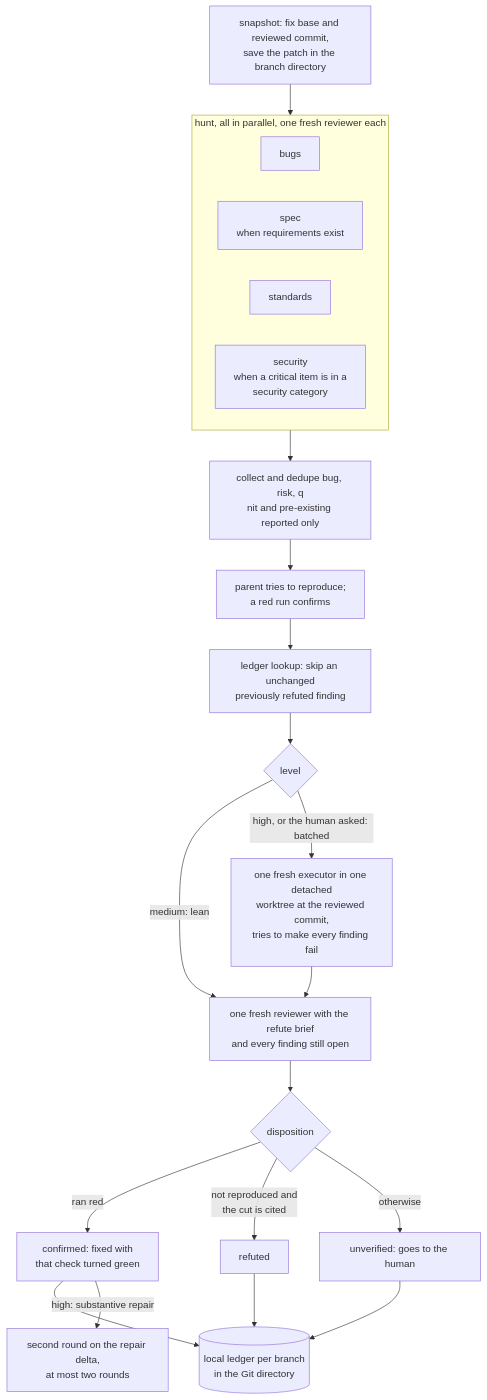
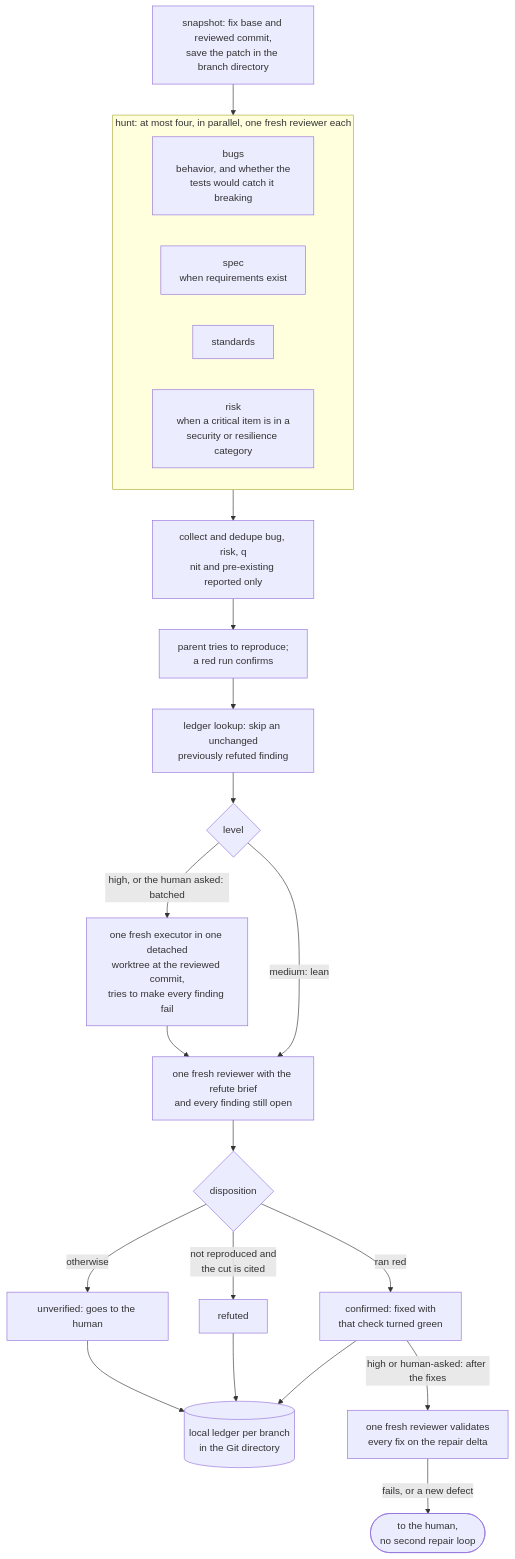
The third of 3 diagrams in docs/subagents.md (jvillegasd/harness), drawn with Mermaid before and after one commit. The commit also changed other lines of this file and 11 other files, not shown here.

First line of the commit message:
refactor(review): cap hunters at four and validate fixes once (#146)

````diff
--- a/docs/subagents.md
+++ b/docs/subagents.md
@@ -79,27 +79,28 @@
 ```mermaid
 flowchart TD
     snap["snapshot: fix base and reviewed commit,<br>save the patch in the branch directory"] --> hunt
 
-    subgraph hunt["hunt, all in parallel, one fresh reviewer each"]
-        bugs["bugs"]
+    subgraph hunt["hunt: at most four, in parallel, one fresh reviewer each"]
+        bugs["bugs<br>behavior, and whether the<br>tests would catch it breaking"]
         spec["spec<br>when requirements exist"]
         standards["standards"]
-        security["security<br>when a critical item is in a<br>security category"]
+        risk["risk<br>when a critical item is in a<br>security or resilience category"]
     end
 
     hunt --> collect["collect and dedupe bug, risk, q<br>nit and pre-existing reported only"]
     collect --> self["parent tries to reproduce;<br>a red run confirms"]
     self --> lookup["ledger lookup: skip an unchanged<br>previously refuted finding"]
     lookup --> mode{"level"}
     mode -->|"medium: lean"| refute
     mode -->|"high, or the human asked: batched"| verifier["one fresh executor in one detached<br>worktree at the reviewed commit,<br>tries to make every finding fail"]
     verifier --> refute["one fresh reviewer with the refute brief<br>and every finding still open"]
     refute --> dispose{"disposition"}
     dispose -->|"ran red"| confirmed["confirmed: fixed with<br>that check turned green"]
     dispose -->|"not reproduced and<br>the cut is cited"| refuted["refuted"]
     dispose -->|otherwise| unverified["unverified: goes to the human"]
     confirmed --> ledger[("local ledger per branch<br>in the Git directory")]
     refuted --> ledger
     unverified --> ledger
-    confirmed -->|"high: substantive repair"| round2["second round on the repair delta,<br>at most two rounds"]
+    confirmed -->|"high or human-asked: after the fixes"| validator["one fresh reviewer validates<br>every fix on the repair delta"]
+    validator -->|"fails, or a new defect"| human(["to the human,<br>no second repair loop"])
 ```
````
